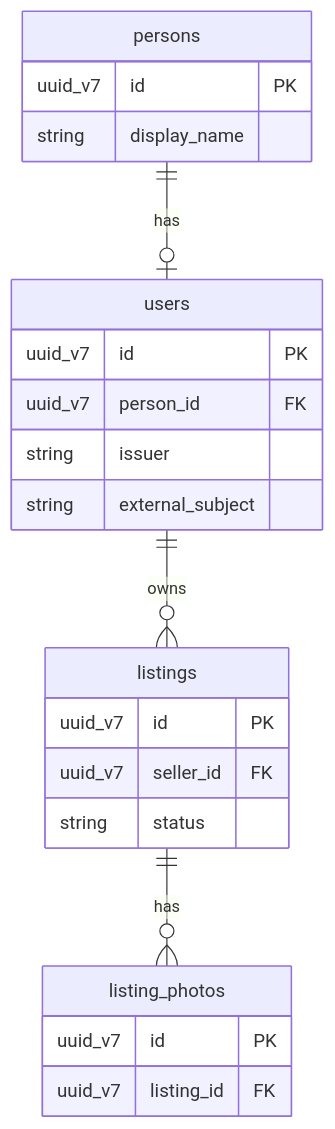
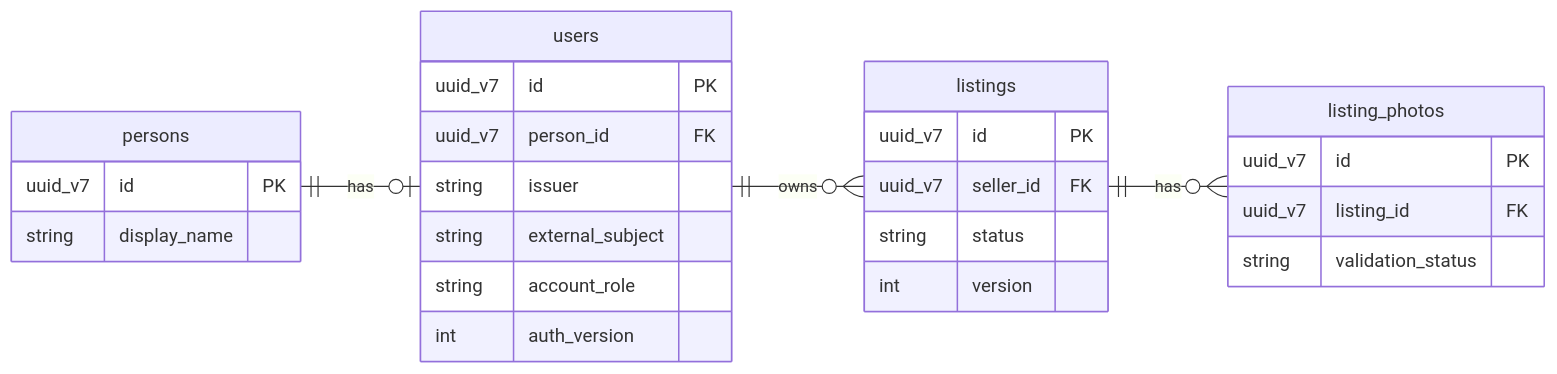
The second of 3 diagrams in README.md (napalm23zero/interview-preparation-zartis_adevinta), drawn with Mermaid before and after one commit. The commit also changed other lines of this file, not shown here.

````diff
--- a/README.md
+++ b/README.md
@@ -146,27 +146,31 @@
 ```mermaid
 erDiagram
-    direction TB
+    direction LR
     persons ||--o| users : has
     users ||--o{ listings : owns
     listings ||--o{ listing_photos : has
 
     persons {
         uuid_v7 id PK
         string display_name
     }
     users {
         uuid_v7 id PK
         uuid_v7 person_id FK
         string issuer
         string external_subject
+        string account_role
+        int auth_version
     }
     listings {
         uuid_v7 id PK
         uuid_v7 seller_id FK
         string status
+        int version
     }
     listing_photos {
         uuid_v7 id PK
         uuid_v7 listing_id FK
+        string validation_status
     }
 ```
````
